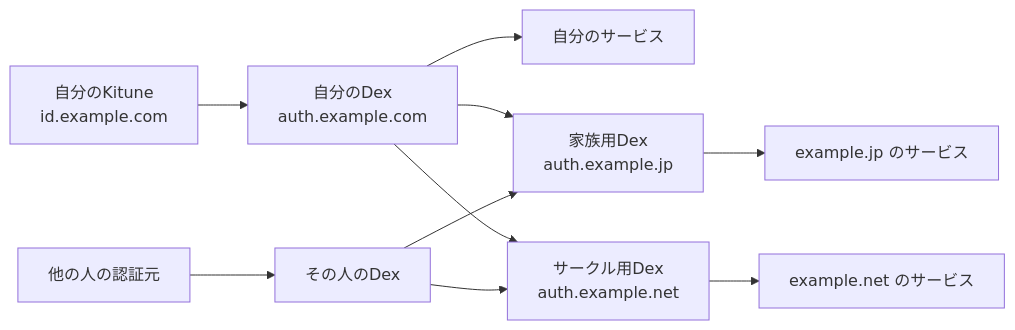
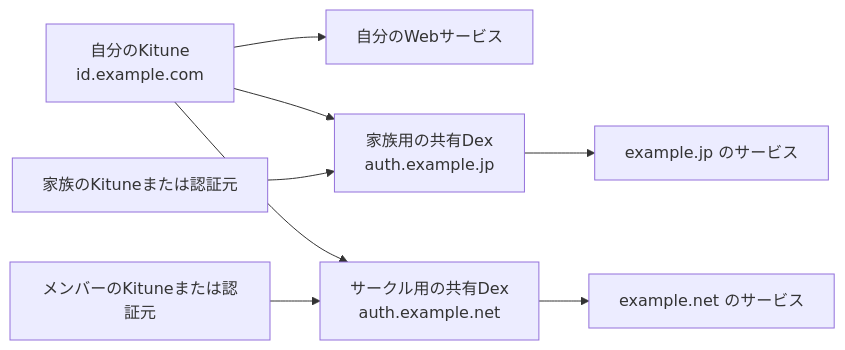
The diagram in guides/federation.md (glyzinie/kitune), drawn with Mermaid before and after one commit. The commit also changed other lines of this file and 20 other files, not shown here.

````diff
--- a/guides/federation.md
+++ b/guides/federation.md
@@ -16,12 +14,10 @@
 ```mermaid
 flowchart LR
-  K["自分のKitune<br/>id.example.com"] --> P["自分のDex<br/>auth.example.com"]
-  A["他の人の認証元"] --> B["その人のDex"]
-  P --> PS["自分のサービス"]
-  P --> F["家族用Dex<br/>auth.example.jp"]
-  B --> F
-  P --> C["サークル用Dex<br/>auth.example.net"]
-  B --> C
+  K["自分のKitune<br/>id.example.com"] --> PS["自分のWebサービス"]
+  K --> F["家族用の共有Dex<br/>auth.example.jp"]
+  A["家族のKituneまたは認証元"] --> F
+  K --> C["サークル用の共有Dex<br/>auth.example.net"]
+  B["メンバーのKituneまたは認証元"] --> C
   F --> FS["example.jp のサービス"]
   C --> CS["example.net のサービス"]
 ```
````
